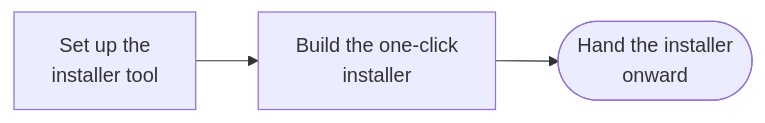
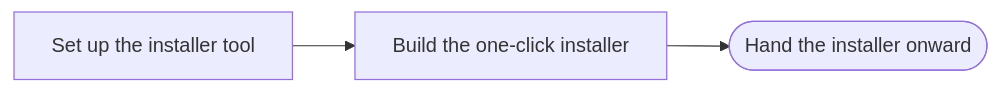
Before and after one commit to tanzim2000/fluentflyout-unofficial: the fourth of 8 diagrams in docs/FluentFlyout Unofficial Publication Script Pipeline Flowchart.md, drawn with Mermaid. The commit also changed other lines of this file, not shown here.

````diff
--- a/docs/FluentFlyout Unofficial Publication Script Pipeline Flowchart.md
+++ b/docs/FluentFlyout Unofficial Publication Script Pipeline Flowchart.md
@@ -53,5 +52,5 @@
 ```mermaid
 flowchart LR
-    A["Set up the<br/>installer tool"] --> B["Build the one-click<br/>installer"]
-    B --> C(["Hand the installer<br/>onward"])
+    A["Set up the installer tool"] --> B["Build the one-click installer"]
+    B --> C(["Hand the installer onward"])
 ```
````
